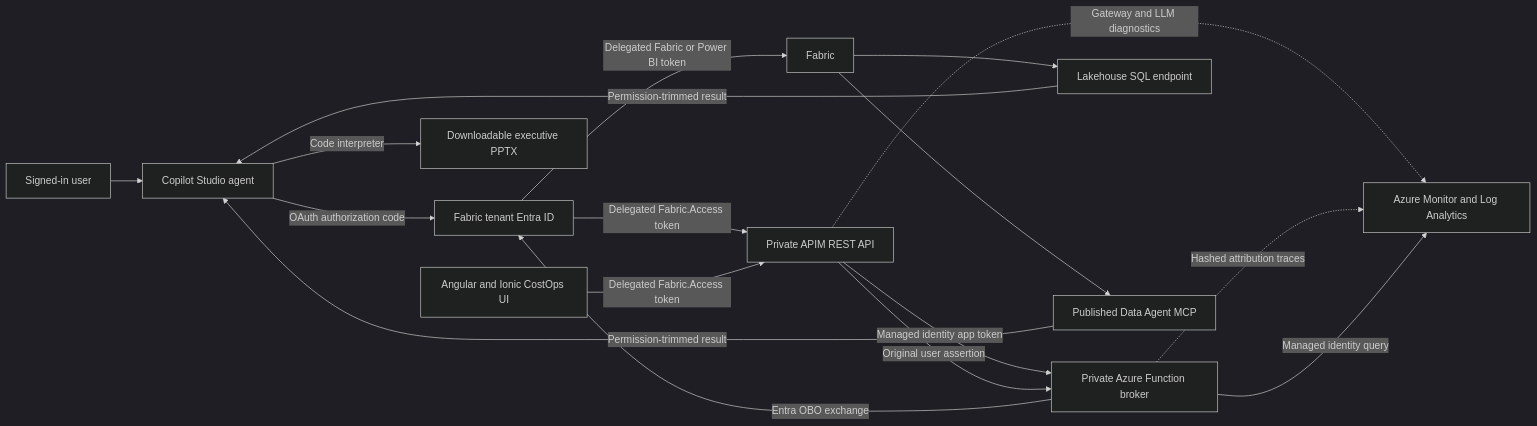
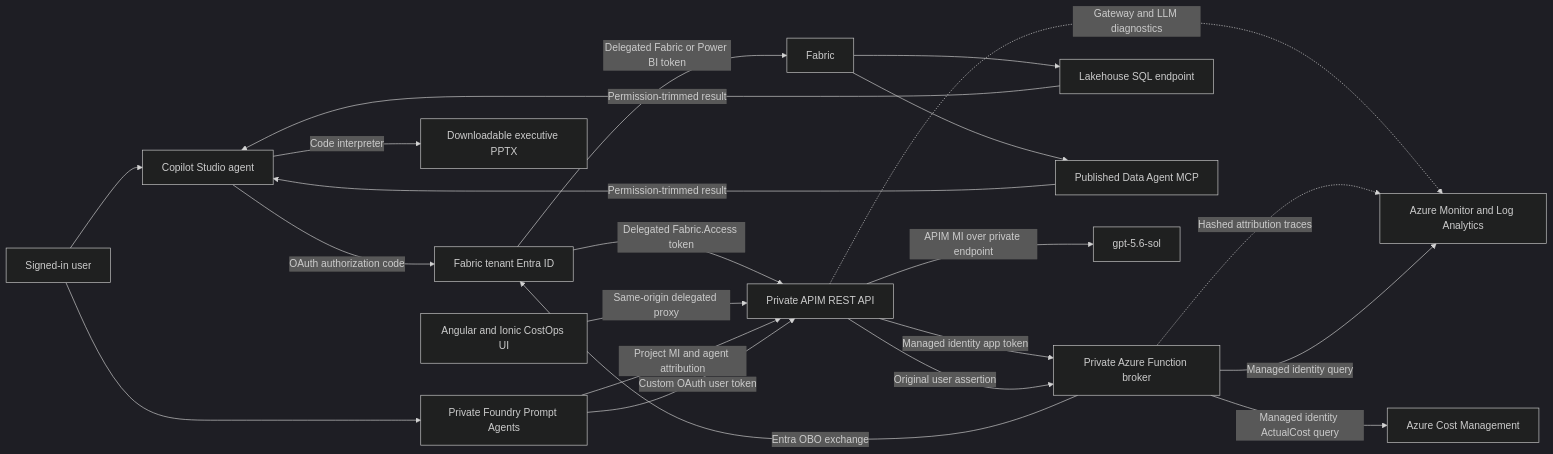
The diagram in README.md (csdmichael/FabricIQ-FoundryIQ-CostOps), drawn with Mermaid (dark theme) before and after one commit. The commit also changed other lines of this file and 90 other files, not shown here.

Commit message:
Add Fabric CostOps gateway and Foundry agents

````diff
--- a/README.md
+++ b/README.md
@@ -9,19 +9,24 @@
 ```mermaid
 flowchart LR
     User[Signed-in user] --> Agent[Copilot Studio agent]
     Agent -->|OAuth authorization code| EntraResource[Fabric tenant Entra ID]
     EntraResource -->|Delegated Fabric.Access token| APIM[Private APIM REST API]
     APIM -->|Managed identity app token| Broker[Private Azure Function broker]
     APIM -->|Original user assertion| Broker
     Broker -->|Entra OBO exchange| EntraResource
     EntraResource -->|Delegated Fabric or Power BI token| Fabric
     Fabric --> SQL[Lakehouse SQL endpoint]
     Fabric --> DataAgent[Published Data Agent MCP]
     SQL -->|Permission-trimmed result| Agent
     DataAgent -->|Permission-trimmed result| Agent
     Agent -->|Code interpreter| PPTX[Downloadable executive PPTX]
     APIM -. Gateway and LLM diagnostics .-> Monitor[Azure Monitor and Log Analytics]
     Broker -. Hashed attribution traces .-> Monitor
     Broker -->|Managed identity query| Monitor
-    Dashboard[Angular and Ionic CostOps UI] -->|Delegated Fabric.Access token| APIM
+    Broker -->|Managed identity ActualCost query| Cost[Azure Cost Management]
+    Dashboard[Angular and Ionic CostOps UI] -->|Same-origin delegated proxy| APIM
+    User --> Foundry[Private Foundry Prompt Agents]
+    Foundry -->|Project MI and agent attribution| APIM
+    APIM -->|APIM MI over private endpoint| Model[gpt-5.6-sol]
+    Foundry -->|Custom OAuth user token| APIM
 ```
````
